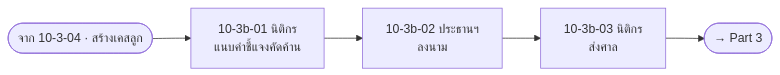
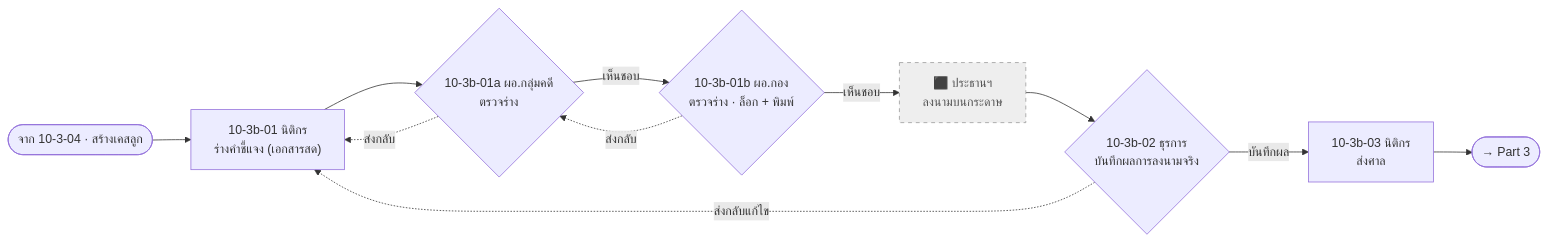
Before and after one commit to varitthon/E-CMIS-A4: the second of 13 diagrams in docs/activity10-flow-10.3.md, drawn with Mermaid. The commit also changed other lines of this file and 181 other files, not shown here.

First line of the commit message:
feat: ปรับ flow หลังประชุมคณะกรรมการ 14/10 — ตัดขั้นตอนมอบหมาย ผอ.กฎหมาย + เพิ่มระบบคำพิพากษา

````diff
--- a/docs/activity10-flow-10.3.md
+++ b/docs/activity10-flow-10.3.md
@@ -104,5 +113,11 @@
 ```mermaid
 flowchart LR
-  S(["จาก 10-3-04 · สร้างเคสลูก"]) --> B1["10-3b-01 นิติกร<br/>แนบคำชี้แจงคัดค้าน"] --> B2["10-3b-02 ประธานฯ<br/>ลงนาม"] --> B3["10-3b-03 นิติกร<br/>ส่งศาล"] --> O3(["→ Part 3"])
+  S(["จาก 10-3-04 · สร้างเคสลูก"]) --> B1["10-3b-01 นิติกร<br/>ร่างคำชี้แจง (เอกสารสด)"] --> B1a{"10-3b-01a ผอ.กลุ่มคดี<br/>ตรวจร่าง"}
+  B1a -. ส่งกลับ .-> B1
+  B1a -- เห็นชอบ --> B1b{"10-3b-01b ผอ.กอง<br/>ตรวจร่าง · ล็อก + พิมพ์"}
+  B1b -. ส่งกลับ .-> B1a
+  B1b -- เห็นชอบ --> XC["⬛ ประธานฯ<br/>ลงนามบนกระดาษ"]:::ext --> B2{"10-3b-02 ธุรการ<br/>บันทึกผลการลงนามจริง"}
+  B2 -. ส่งกลับแก้ไข .-> B1
+  B2 -- บันทึกผล --> B3["10-3b-03 นิติกร<br/>ส่งศาล"] --> O3(["→ Part 3"])
   classDef ext fill:#eeeeee,stroke:#999999,stroke-dasharray:5 5,color:#555555
 ```
````
